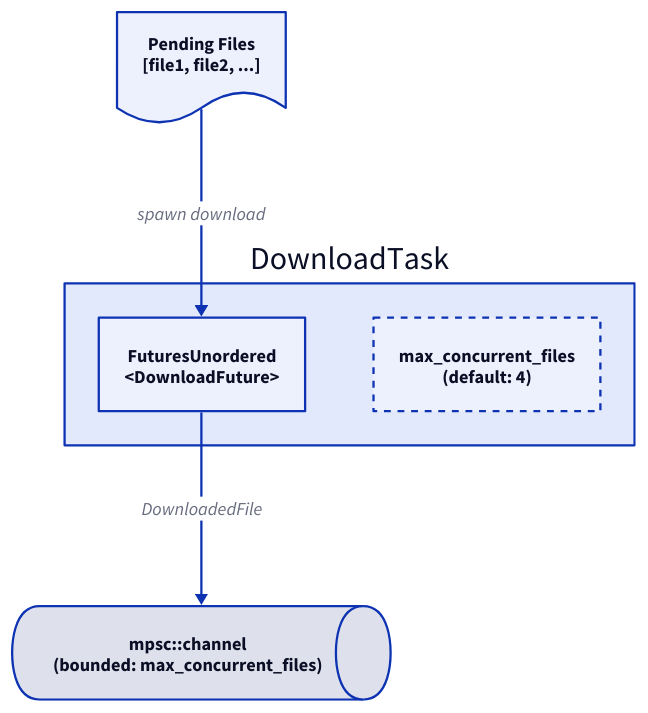
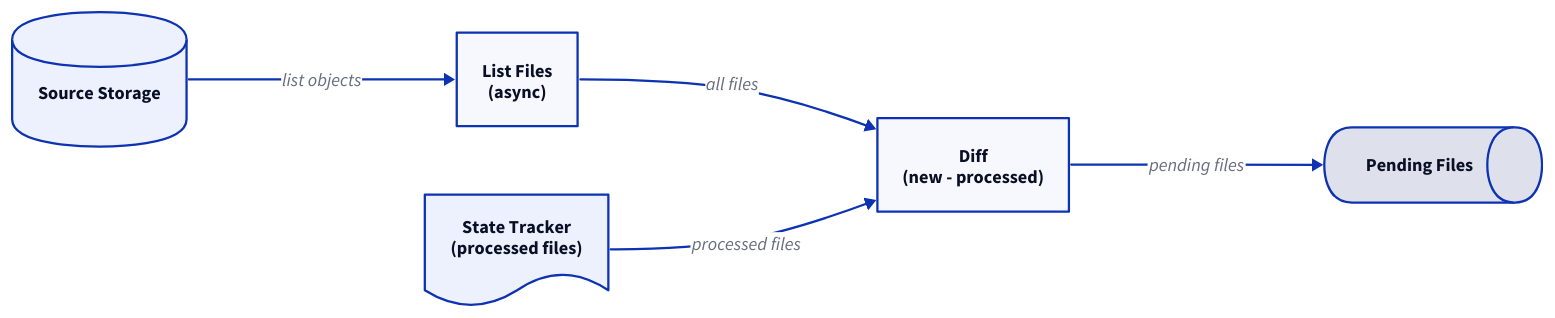
The first of 3 diagrams in website/src/content/docs/architecture/pipeline.md (benjamin-awd/blizzard), drawn with D2 before and after one commit. The commit also changed other lines of this file and 5 other files, not shown here.

Commit message:
docs: update architecture overview

````diff
--- a/website/src/content/docs/architecture/pipeline.md
+++ b/website/src/content/docs/architecture/pipeline.md
@@ -76,26 +19,27 @@
 ```d2
-direction: down
+direction: right
 
-files: Pending Files {
-  label: "Pending Files\n[file1, file2, ...]"
+source: Source Storage { shape: cylinder }
+
+list: List Files {
+  label: "List Files\n(async)"
+}
+
+state: State Tracker {
+  label: "State Tracker\n(processed files)"
   shape: document
 }
 
-download_task: DownloadTask {
-  futures: FuturesUnordered {
-    label: "FuturesUnordered\n<DownloadFuture>"
-  }
-  concurrent: {
-    label: "max_concurrent_files\n(default: 4)"
-    style.stroke-dash: 3
-  }
+diff: Diff {
+  label: "Diff\n(new - processed)"
 }
 
-channel: {
-  label: "mpsc::channel\n(bounded: max_concurrent_files)"
+pending: Pending Files {
   shape: queue
 }
 
-files -> download_task.futures: spawn download
-download_task.futures -> channel: DownloadedFile
+source -> list: "list objects"
+list -> diff: "all files"
+state -> diff: "processed files"
+diff -> pending: "pending files"
 ```
````
